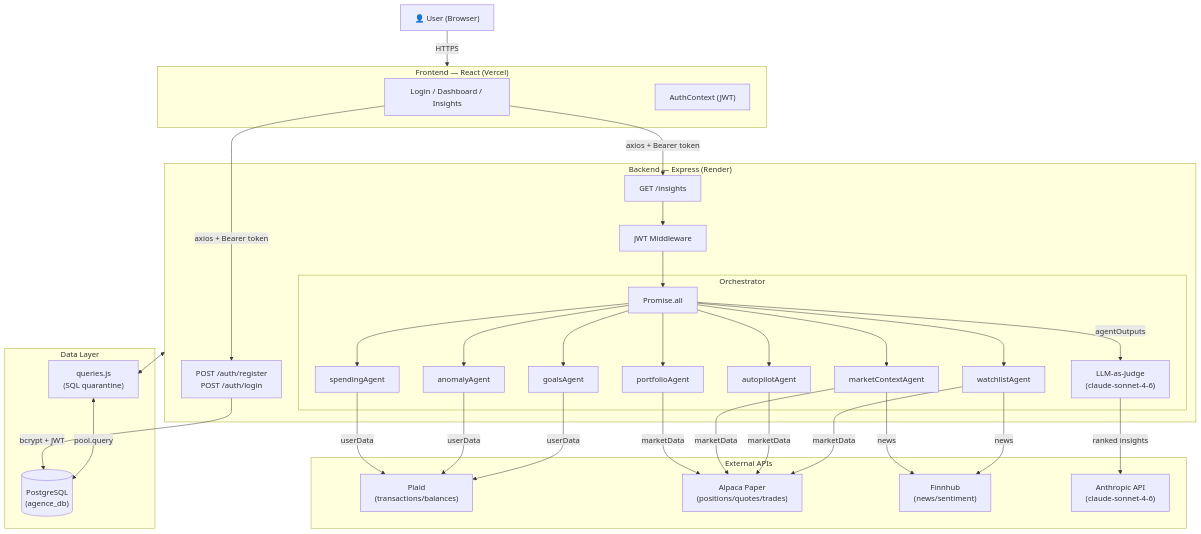
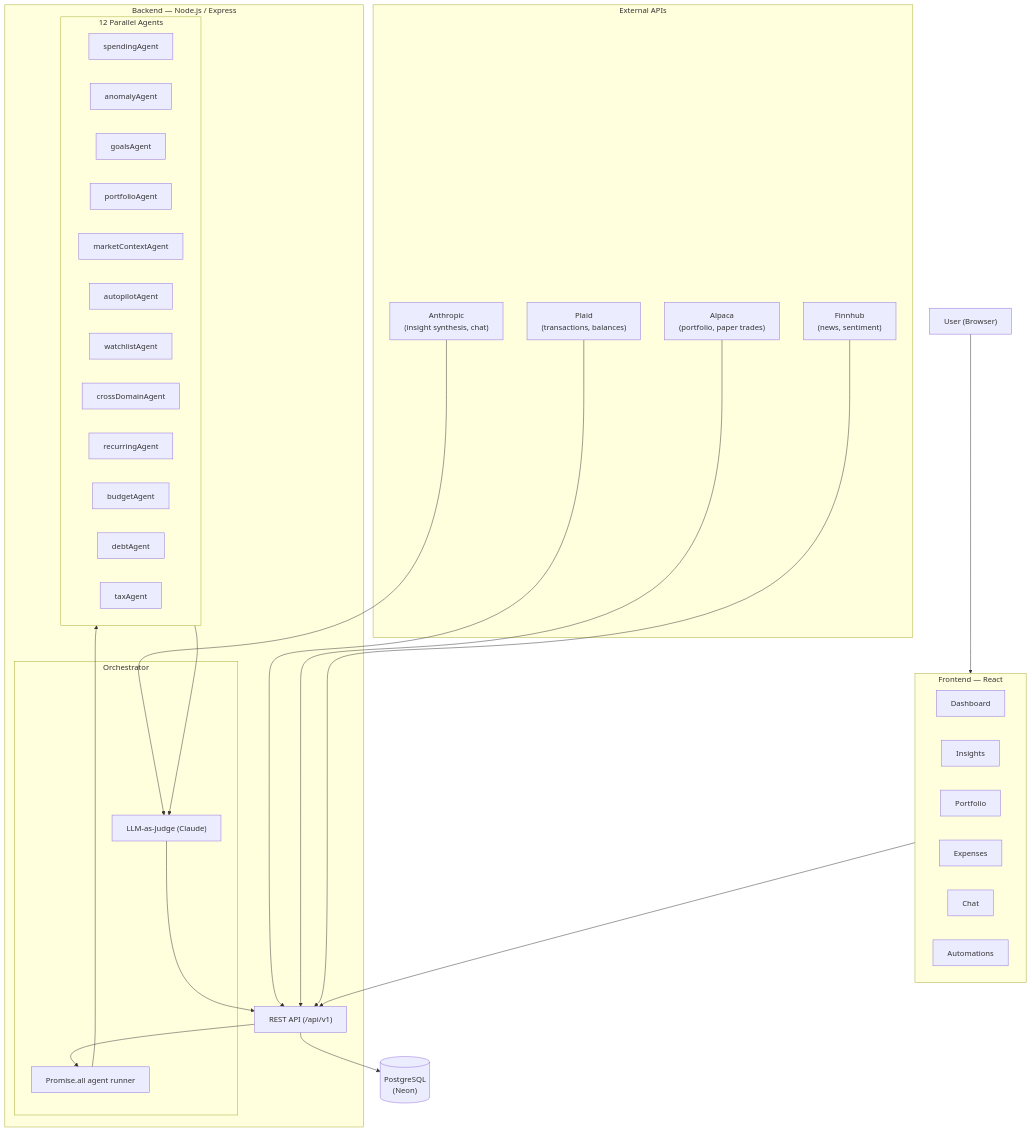
Before and after one commit to dkalo97/agence_finance_copilot-overview: the diagram in README.md, drawn with Mermaid. The commit also changed other lines of this file, not shown here.

````diff
--- a/README.md
+++ b/README.md
@@ -75,53 +24,60 @@
 ```mermaid
-flowchart TD
-    User["👤 User (Browser)"]
+graph TD
+    User["User (Browser)"]
 
-    subgraph Frontend["Frontend — React (Vercel)"]
-        UI["Login / Dashboard / Insights"]
-        AC["AuthContext (JWT)"]
+    subgraph Frontend["Frontend — React"]
+        Dashboard
+        Insights
+        Portfolio
+        Expenses
+        Chat
+        Automations
     end
 
-    subgraph Backend["Backend — Express (Render)"]
-        Auth["POST /auth/register\nPOST /auth/login"]
-        Insights["GET /insights"]
-        JWT["JWT Middleware"]
+    subgraph Backend["Backend — Node.js / Express"]
+        API["REST API (/api/v1)"]
 
         subgraph Orchestrator["Orchestrator"]
-            PA["Promise.all"]
-            SA["spendingAgent"]
-            AN["anomalyAgent"]
-            GA["goalsAgent"]
-            PF["portfolioAgent"]
-            MC["marketContextAgent"]
-            AP["autopilotAgent"]
-            WA["watchlistAgent"]
-            JU["LLM-as-Judge\n(claude-sonnet-4-6)"]
+            Runner["Promise.all agent runner"]
+            Judge["LLM-as-Judge (Claude)"]
+        end
+
+        subgraph Agents["12 Parallel Agents"]
+            spendingAgent
+            anomalyAgent
+            goalsAgent
+            portfolioAgent
+            marketContextAgent
+            autopilotAgent
+            watchlistAgent
+            crossDomainAgent
+            recurringAgent
+            budgetAgent
+            debtAgent
+            taxAgent
         end
     end
 
-    subgraph DataLayer["Data Layer"]
-        PG[("PostgreSQL\n(agence_db)")]
-        QS["queries.js\n(SQL quarantine)"]
+    subgraph DataSources["External APIs"]
+        Plaid["Plaid\n(transactions, balances)"]
+        Alpaca["Alpaca\n(portfolio, paper trades)"]
+        Finnhub["Finnhub\n(news, sentiment)"]
+        Anthropic["Anthropic\n(insight synthesis, chat)"]
     end
 
-    subgraph ExternalAPIs["External APIs"]
-        Plaid["Plaid\n(transactions/balances)"]
-        Alpaca["Alpaca Paper\n(positions/quotes/trades)"]
-        Finnhub["Finnhub\n(news/sentiment)"]
-        Claude["Anthropic API\n(claude-sonnet-4-6)"]
-    end
+    DB[("PostgreSQL\n(Neon)")]
 
-    User -->|HTTPS| Frontend
-    UI -->|axios + Bearer token| Auth
-    UI -->|axios + Bearer token| Insights
-    Auth -->|bcrypt + JWT| PG
-    Insights --> JWT --> PA
-    PA --> SA & AN & GA & PF & MC & AP & WA
-    SA & AN & GA -->|userData| Plaid
-    PF & MC & AP & WA -->|marketData| Alpaca
-    MC & WA -->|news| Finnhub
-    PA -->|agentOutputs| JU
-    JU -->|ranked insights| Claude
-    QS <-->|pool.query| PG
-    Backend <--> QS
+    User --> Frontend
+    Frontend --> API
+    API --> Runner
+    Runner --> Agents
+    Agents --> Judge
+    Judge --> API
+
+    Plaid --> API
+    Alpaca --> API
+    Finnhub --> API
+    Anthropic --> Judge
+
+    API --> DB
 ```
````
